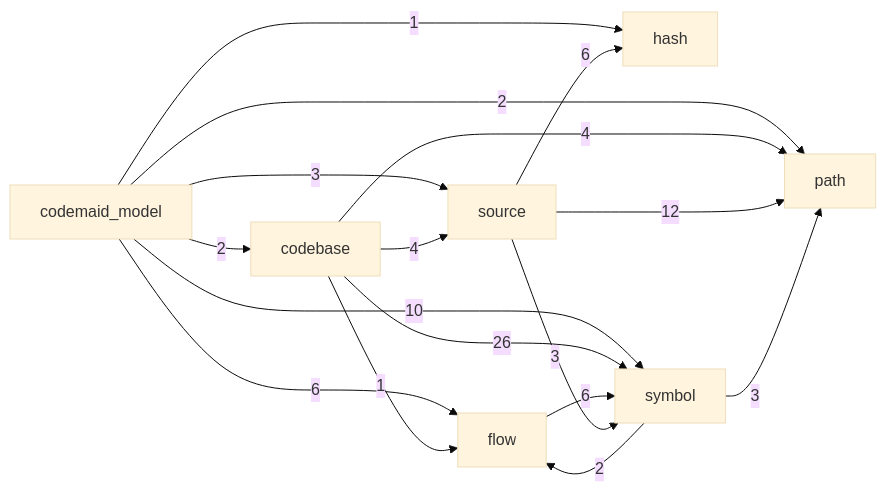
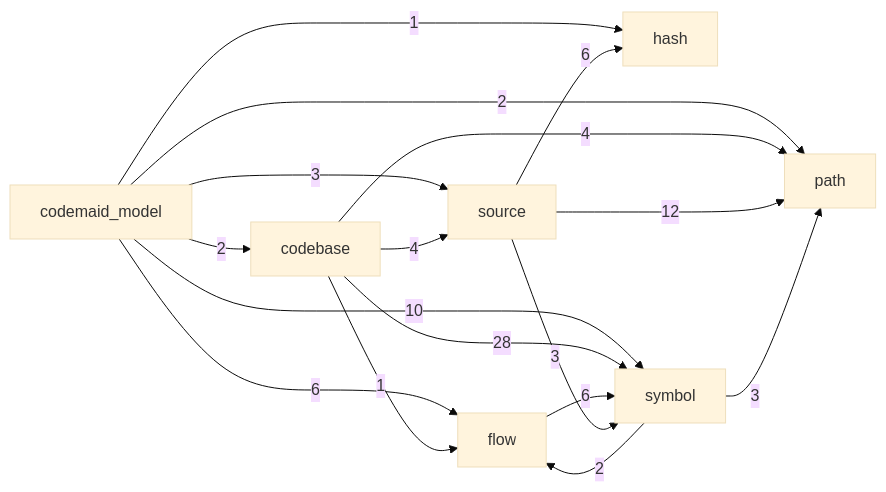
Before and after one commit to DreamLab-AI/codemaid: the fourth of 10 diagrams in docs/codemaid/_overview.md, drawn with Mermaid (base theme). The commit also changed other lines of this file and 29 other files, not shown here.

````diff
--- a/docs/codemaid/_overview.md
+++ b/docs/codemaid/_overview.md
@@ -105,26 +110,26 @@
 ```mermaid
 flowchart LR
   codemaid_model["codemaid_model"]
   codemaid_model__codebase["codebase"]
   codemaid_model__flow["flow"]
   codemaid_model__hash["hash"]
   codemaid_model__path["path"]
   codemaid_model__source["source"]
   codemaid_model__symbol["symbol"]
   codemaid_model -->|"2"| codemaid_model__codebase
   codemaid_model -->|"6"| codemaid_model__flow
   codemaid_model -->|"1"| codemaid_model__hash
   codemaid_model -->|"2"| codemaid_model__path
   codemaid_model -->|"3"| codemaid_model__source
   codemaid_model -->|"10"| codemaid_model__symbol
   codemaid_model__codebase -->|"1"| codemaid_model__flow
   codemaid_model__codebase -->|"4"| codemaid_model__path
   codemaid_model__codebase -->|"4"| codemaid_model__source
-  codemaid_model__codebase -->|"26"| codemaid_model__symbol
+  codemaid_model__codebase -->|"28"| codemaid_model__symbol
   codemaid_model__flow -->|"6"| codemaid_model__symbol
   codemaid_model__source -->|"6"| codemaid_model__hash
   codemaid_model__source -->|"12"| codemaid_model__path
   codemaid_model__source -->|"3"| codemaid_model__symbol
   codemaid_model__symbol -->|"2"| codemaid_model__flow
   codemaid_model__symbol -->|"3"| codemaid_model__path
 ```
````
